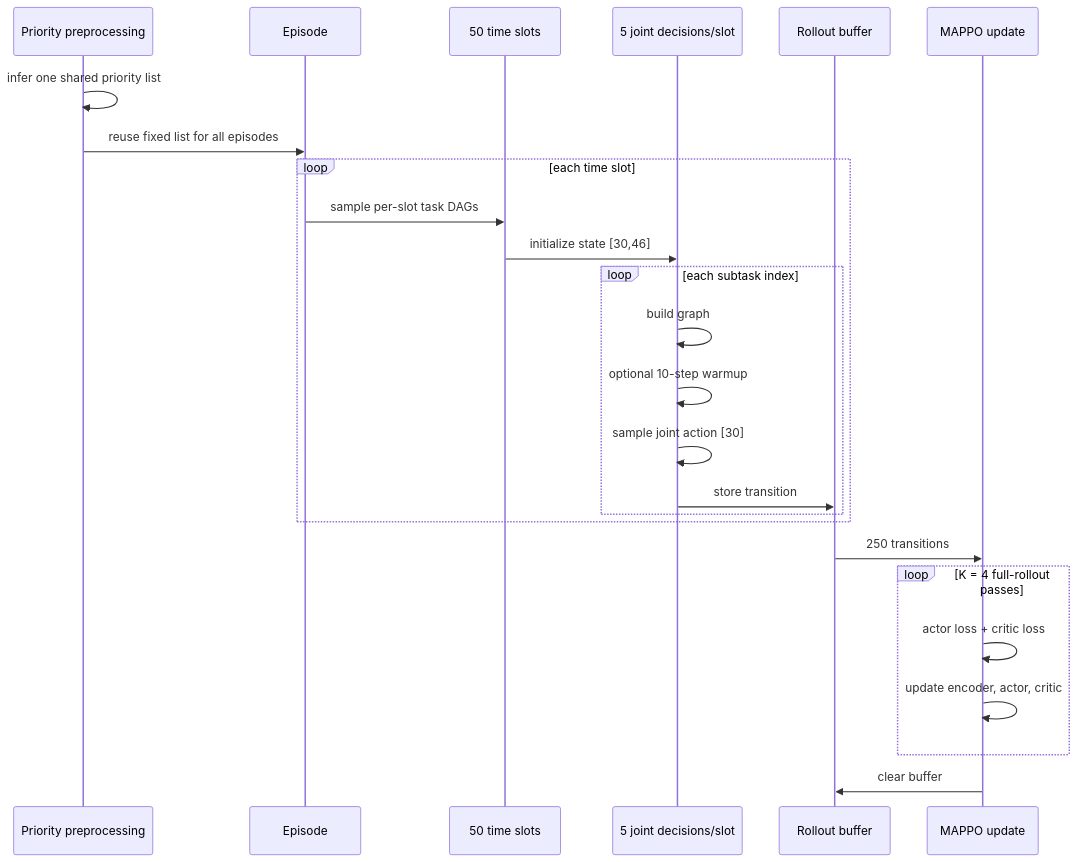
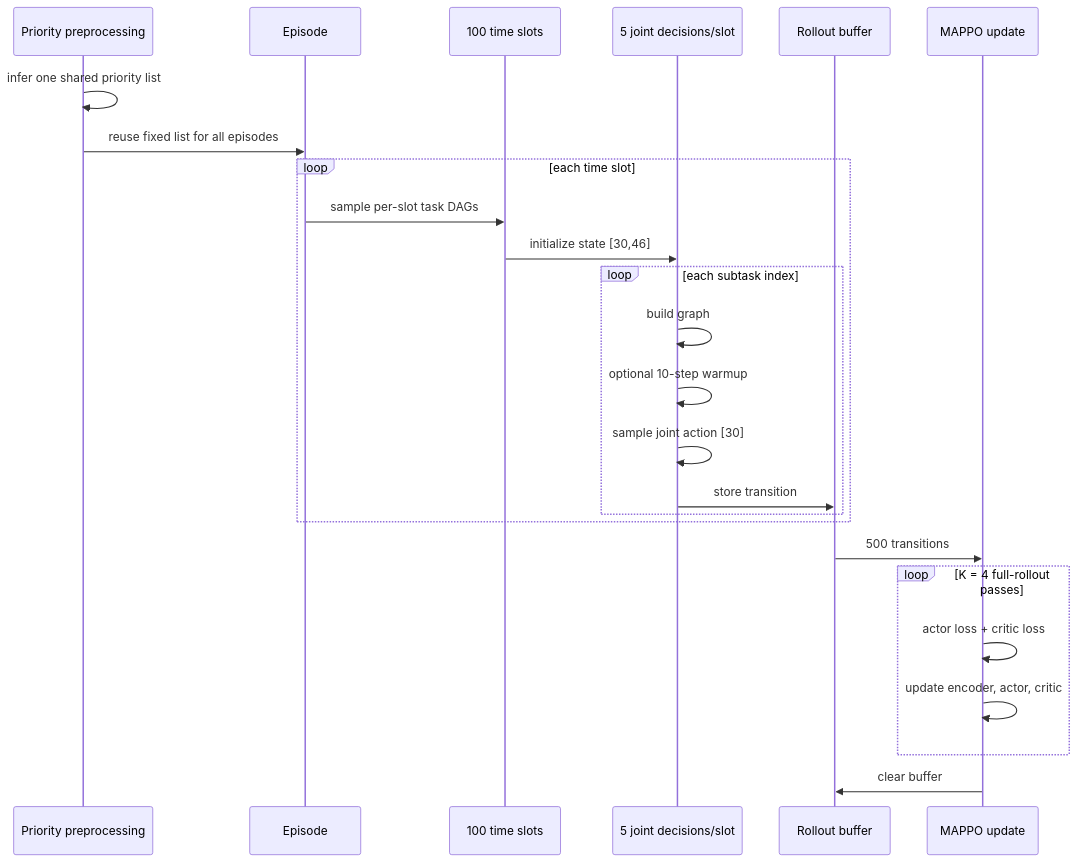
One commit to ngocdung211/Dual-Graph-MAPPO-Industrial-Task-offloading changed the fifth of 5 diagrams in Industrial_task_offloading/docs/dual_gat_mappo_architecture.md. Above: the diagram before and after it, drawn with Mermaid. The commit also changed other lines of this file and 19 other files, not shown here.

````diff
--- a/Industrial_task_offloading/docs/dual_gat_mappo_architecture.md
+++ b/Industrial_task_offloading/docs/dual_gat_mappo_architecture.md
@@ -266,28 +362,28 @@
 ```mermaid
 sequenceDiagram
     participant Q as Priority preprocessing
     participant E as Episode
-    participant T as 50 time slots
+    participant T as 100 time slots
     participant M as 5 joint decisions/slot
     participant B as Rollout buffer
     participant P as MAPPO update
 
     Q->>Q: infer one shared priority list
     Q->>E: reuse fixed list for all episodes
     loop each time slot
         E->>T: sample per-slot task DAGs
         T->>M: initialize state [30,46]
         loop each subtask index
             M->>M: build graph
             M->>M: optional 10-step warmup
             M->>M: sample joint action [30]
             M->>B: store transition
         end
     end
-    B->>P: 250 transitions
+    B->>P: 500 transitions
     loop K = 4 full-rollout passes
         P->>P: actor loss + critic loss
         P->>P: update encoder, actor, critic
     end
     P->>B: clear buffer
 ```
````
